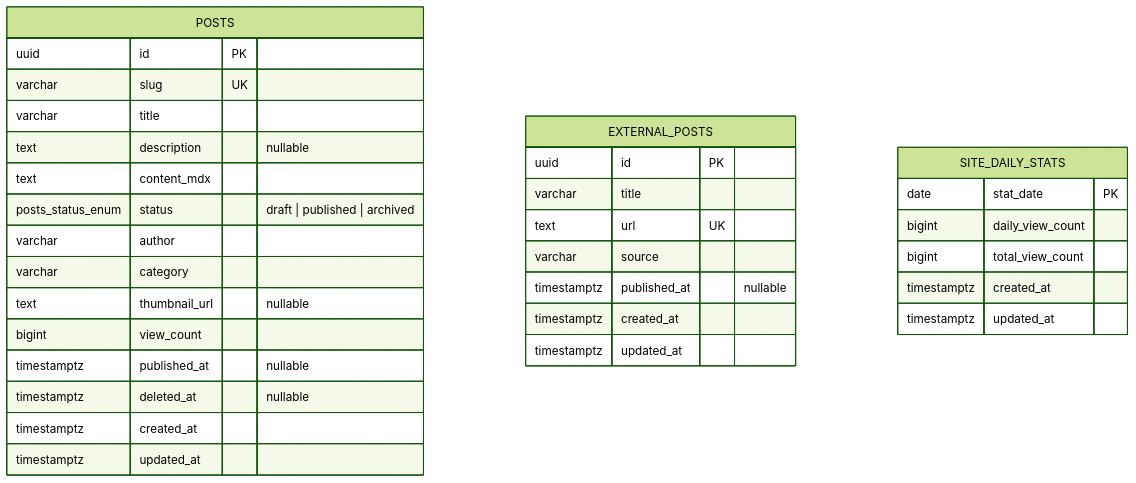
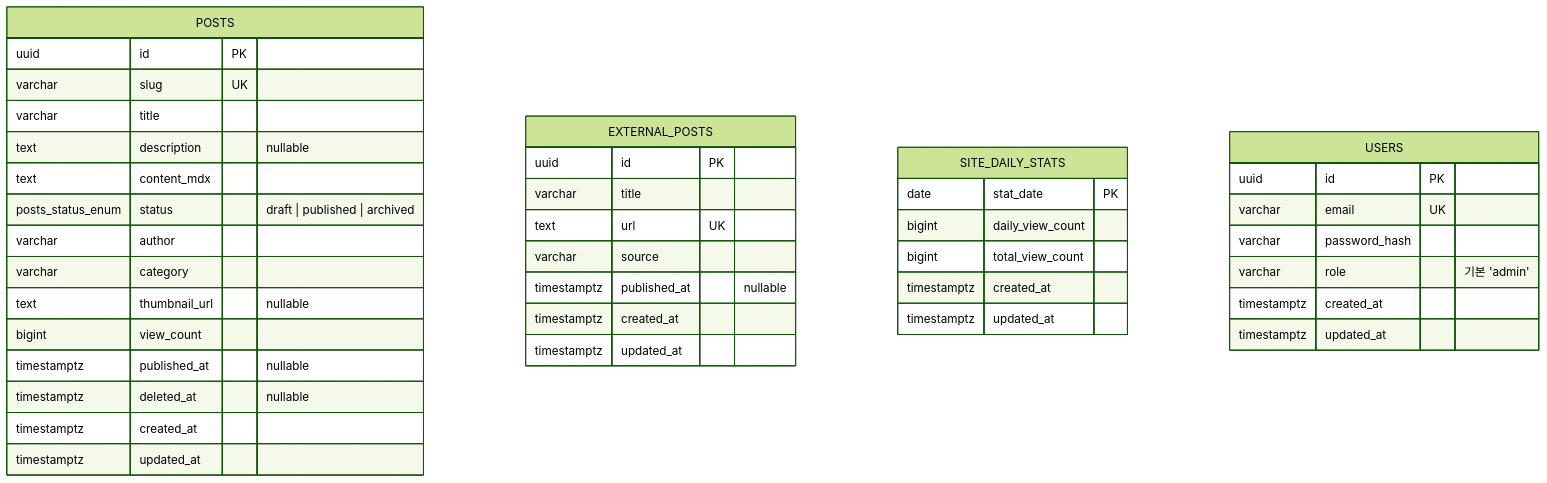
One commit to BangDori/bangdori-blog changed the diagram in apps/server/docs/cms-db-erd.md. Above: the diagram before and after it, drawn with Mermaid (forest theme). The commit also changed 3 other files, not shown here.

First line of the commit message:
docs(server): admin 인증 정책·보안 문서 + ERD users 갱신

````diff
--- a/apps/server/docs/cms-db-erd.md
+++ b/apps/server/docs/cms-db-erd.md
@@ -9,37 +9,46 @@
 ```mermaid
 erDiagram
     POSTS {
         uuid id PK
         varchar slug UK
         varchar title
         text description "nullable"
         text content_mdx
         posts_status_enum status "draft | published | archived"
         varchar author
         varchar category
         text thumbnail_url "nullable"
         bigint view_count
         timestamptz published_at "nullable"
         timestamptz deleted_at "nullable"
         timestamptz created_at
         timestamptz updated_at
     }
 
     EXTERNAL_POSTS {
         uuid id PK
         varchar title
         text url UK
         varchar source
         timestamptz published_at "nullable"
         timestamptz created_at
         timestamptz updated_at
     }
 
     SITE_DAILY_STATS {
         date stat_date PK
         bigint daily_view_count
         bigint total_view_count
         timestamptz created_at
         timestamptz updated_at
     }
+
+    USERS {
+        uuid id PK
+        varchar email UK
+        varchar password_hash
+        varchar role "기본 'admin'"
+        timestamptz created_at
+        timestamptz updated_at
+    }
 ```
````
